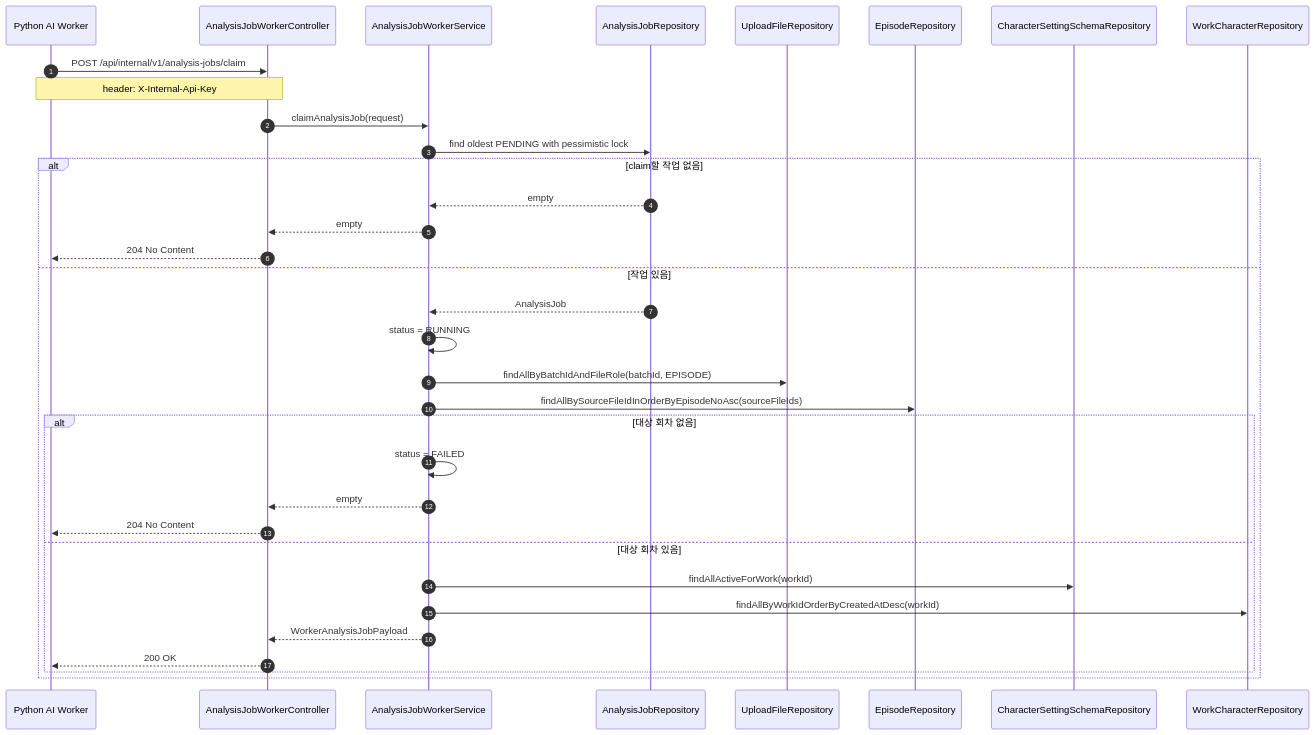
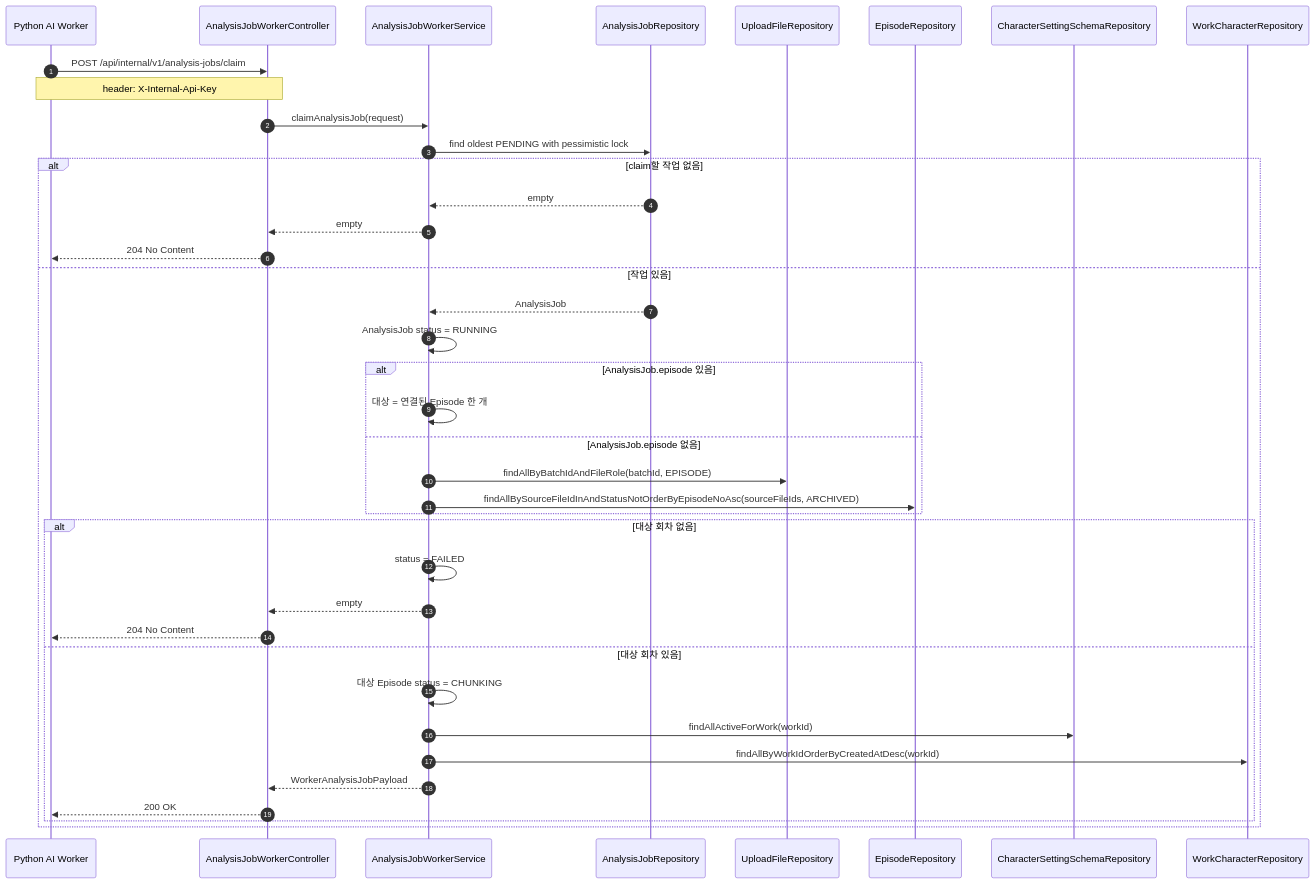
The ninth of 10 diagrams in docs/analysis-workflow.md (catchhole-soma/catchhole-backend-java), drawn with Mermaid before and after one commit. The commit also changed other lines of this file and 9 other files, not shown here.

````diff
--- a/docs/analysis-workflow.md
+++ b/docs/analysis-workflow.md
@@ -216,37 +270,42 @@
 ```mermaid
 sequenceDiagram
     autonumber
     participant Worker as Python AI Worker
     participant Controller as AnalysisJobWorkerController
     participant Service as AnalysisJobWorkerService
     participant JobRepo as AnalysisJobRepository
     participant UploadRepo as UploadFileRepository
     participant EpisodeRepo as EpisodeRepository
     participant SchemaRepo as CharacterSettingSchemaRepository
     participant CharacterRepo as WorkCharacterRepository
 
     Worker->>Controller: POST /api/internal/v1/analysis-jobs/claim
     Note over Worker,Controller: header: X-Internal-Api-Key
     Controller->>Service: claimAnalysisJob(request)
     Service->>JobRepo: find oldest PENDING with pessimistic lock
     alt claim할 작업 없음
         JobRepo-->>Service: empty
         Service-->>Controller: empty
         Controller-->>Worker: 204 No Content
     else 작업 있음
         JobRepo-->>Service: AnalysisJob
-        Service->>Service: status = RUNNING
-        Service->>UploadRepo: findAllByBatchIdAndFileRole(batchId, EPISODE)
-        Service->>EpisodeRepo: findAllBySourceFileIdInOrderByEpisodeNoAsc(sourceFileIds)
+        Service->>Service: AnalysisJob status = RUNNING
+        alt AnalysisJob.episode 있음
+            Service->>Service: 대상 = 연결된 Episode 한 개
+        else AnalysisJob.episode 없음
+            Service->>UploadRepo: findAllByBatchIdAndFileRole(batchId, EPISODE)
+            Service->>EpisodeRepo: findAllBySourceFileIdInAndStatusNotOrderByEpisodeNoAsc(sourceFileIds, ARCHIVED)
+        end
         alt 대상 회차 없음
             Service->>Service: status = FAILED
             Service-->>Controller: empty
             Controller-->>Worker: 204 No Content
         else 대상 회차 있음
+            Service->>Service: 대상 Episode status = CHUNKING
             Service->>SchemaRepo: findAllActiveForWork(workId)
             Service->>CharacterRepo: findAllByWorkIdOrderByCreatedAtDesc(workId)
             Service-->>Controller: WorkerAnalysisJobPayload
             Controller-->>Worker: 200 OK
         end
     end
 ```
````
